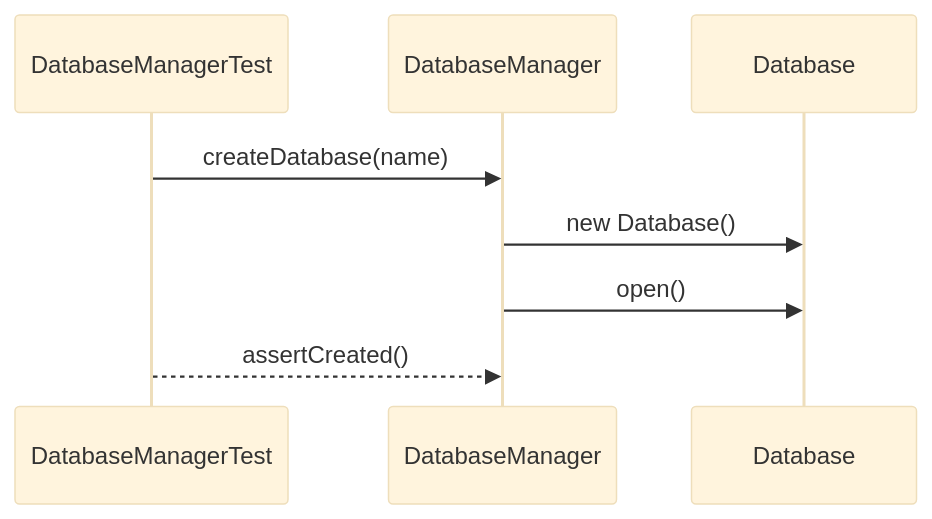
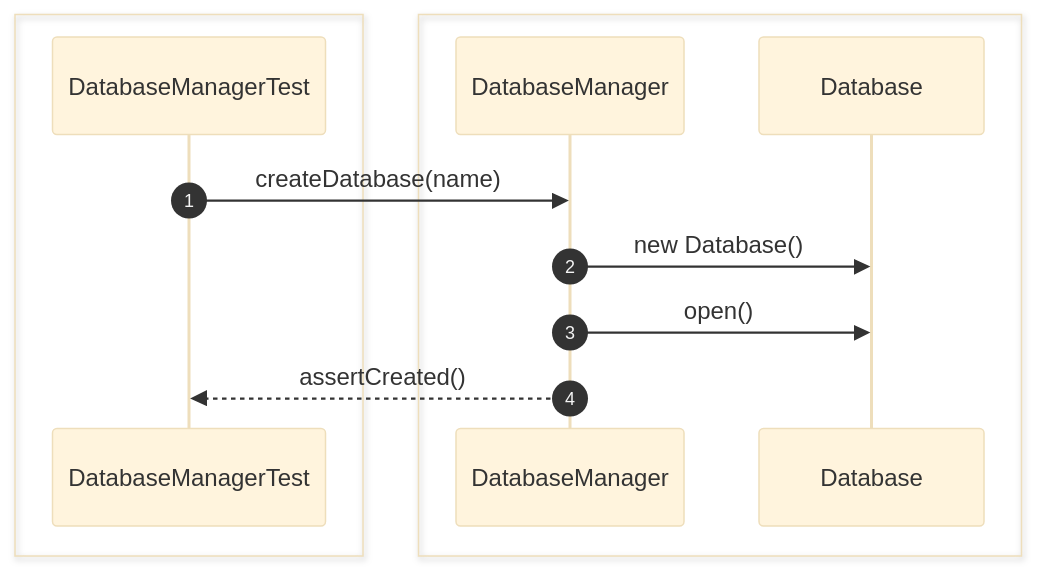
One commit to Huy1801214/dbms-architecture changed diagram 11 of 52 in src/sequence/db-server.md. Above: the diagram before and after it, drawn with Mermaid (base theme). The commit also changed other lines of this file and 10 other files, not shown here.

Commit message:
add comprehensive sequence diagrams and documentation for system architecture and unit testing specifications

````diff
--- a/src/sequence/db-server.md
+++ b/src/sequence/db-server.md
@@ -60,12 +196,17 @@
 ```mermaid
 sequenceDiagram
+    autonumber
+
+    box #e1f5fe Test Suite
     participant Test as DatabaseManagerTest
+    end
+    box #e3f2fd Server Managers
     participant Manager as DatabaseManager
-    participant Database
+    participant Database as Database
+    end
 
     Test->>Manager: createDatabase(name)
     Manager->>Database: new Database()
     Manager->>Database: open()
-
-    Test-->>Manager: assertCreated()
+    Manager-->>Test: assertCreated()
 ```
````
